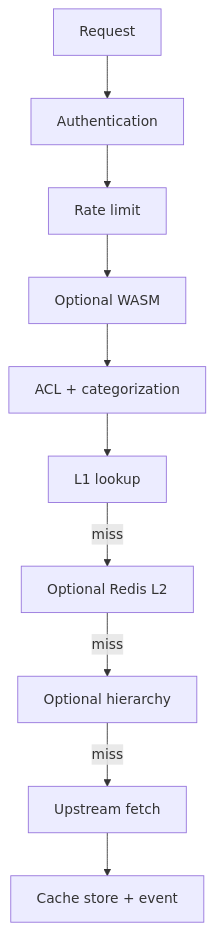
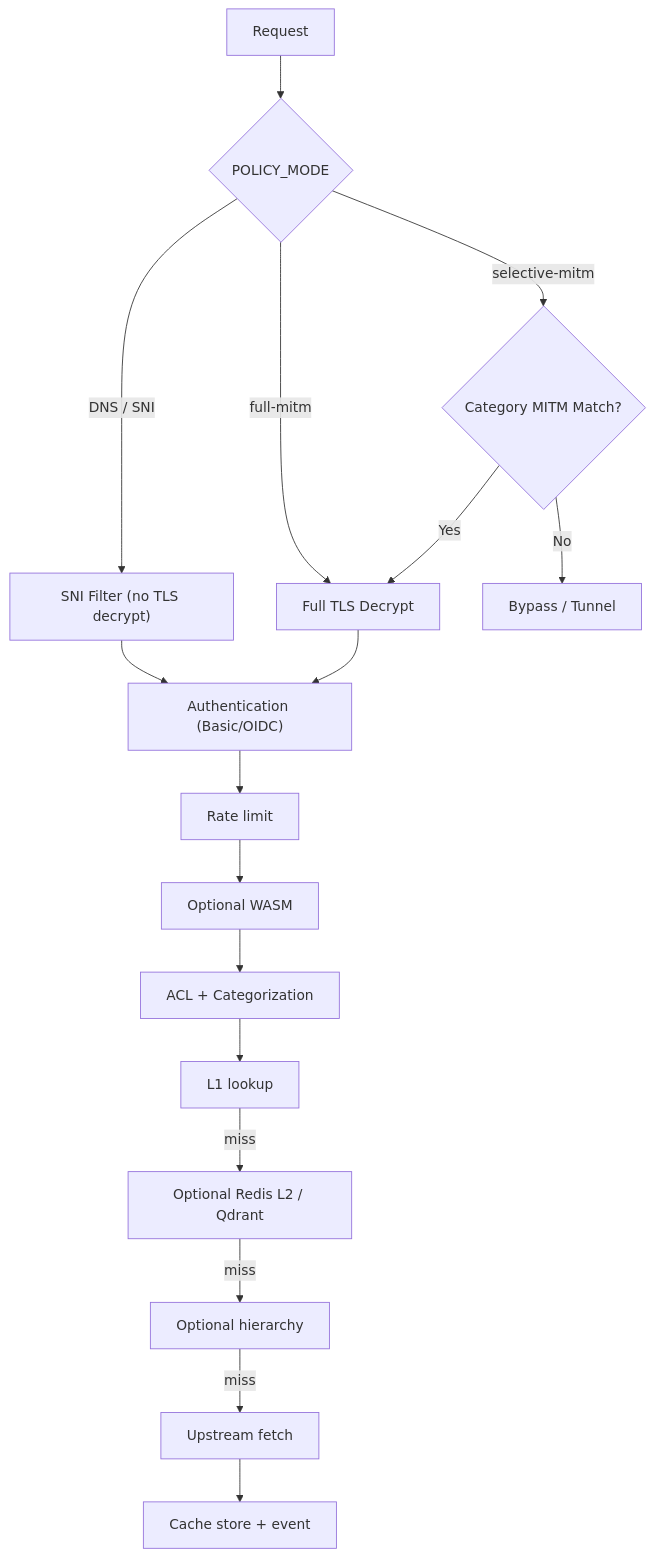
One commit to onixus/bsdm-proxy changed the second of 2 diagrams in docs/architecture/overview.md. Above: the diagram before and after it, drawn with Mermaid. The commit also changed other lines of this file and 13 other files, not shown here.

````diff
--- a/docs/architecture/overview.md
+++ b/docs/architecture/overview.md
@@ -30,12 +30,19 @@
 ```mermaid
 flowchart TD
-    Request["Request"] --> Auth["Authentication"]
+    Request["Request"] --> PolicyMode{"POLICY_MODE"}
+    PolicyMode -->|DNS / SNI| SNICheck["SNI Filter (no TLS decrypt)"]
+    PolicyMode -->|selective-mitm| CatCheck{"Category MITM Match?"}
+    PolicyMode -->|full-mitm| FullDecrypt["Full TLS Decrypt"]
+    CatCheck -->|No| Passthrough["Bypass / Tunnel"]
+    CatCheck -->|Yes| FullDecrypt
+    SNICheck --> Auth["Authentication (Basic/OIDC)"]
+    FullDecrypt --> Auth
     Auth --> Rate["Rate limit"]
     Rate --> Hook["Optional WASM"]
-    Hook --> Policy["ACL + categorization"]
+    Hook --> Policy["ACL + Categorization"]
     Policy --> L1["L1 lookup"]
-    L1 -->|miss| L2["Optional Redis L2"]
+    L1 -->|miss| L2["Optional Redis L2 / Qdrant"]
     L2 -->|miss| Hier["Optional hierarchy"]
     Hier -->|miss| Upstream["Upstream fetch"]
     Upstream --> Store["Cache store + event"]
 ```
````
